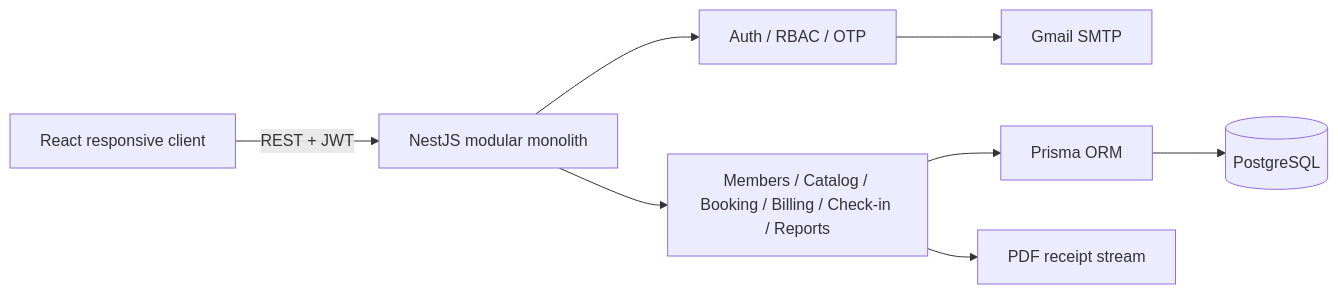
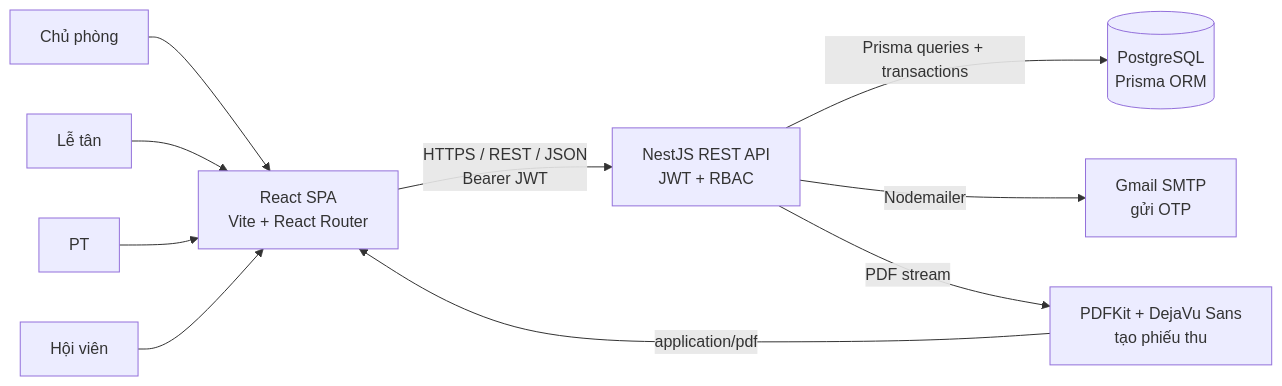
Before and after one commit to vhoanglong54/CNPM_GYM: the first of 4 diagrams in docs/06-UML-Diagrams/Architecture.md, drawn with Mermaid. The commit also changed other lines of this file and 2 other files, not shown here.

Commit message:
docs(uml): align architecture and workflow diagrams

````diff
--- a/docs/06-UML-Diagrams/Architecture.md
+++ b/docs/06-UML-Diagrams/Architecture.md
@@ -3,10 +7,23 @@
 ```mermaid
 flowchart LR
-  Browser[React responsive client] -->|REST + JWT| API[NestJS modular monolith]
-  API --> Auth[Auth / RBAC / OTP]
-  API --> Domain[Members / Catalog / Booking / Billing / Check-in / Reports]
-  Auth --> SMTP[Gmail SMTP]
-  Domain --> Prisma[Prisma ORM]
-  Prisma --> DB[(PostgreSQL)]
-  Domain --> PDF[PDF receipt stream]
+  Owner[Chủ phòng]
+  Receptionist[Lễ tân]
+  Trainer[PT]
+  Member[Hội viên]
+
+  SPA[React SPA<br/>Vite + React Router]
+  API[NestJS REST API<br/>JWT + RBAC]
+  DB[(PostgreSQL<br/>Prisma ORM)]
+  SMTP[Gmail SMTP<br/>gửi OTP]
+  PDF[PDFKit + DejaVu Sans<br/>tạo phiếu thu]
+
+  Owner --> SPA
+  Receptionist --> SPA
+  Trainer --> SPA
+  Member --> SPA
+  SPA -->|HTTPS / REST / JSON<br/>Bearer JWT| API
+  API -->|Prisma queries + transactions| DB
+  API -->|Nodemailer| SMTP
+  API -->|PDF stream| PDF
+  PDF -->|application/pdf| SPA
 ```
````
